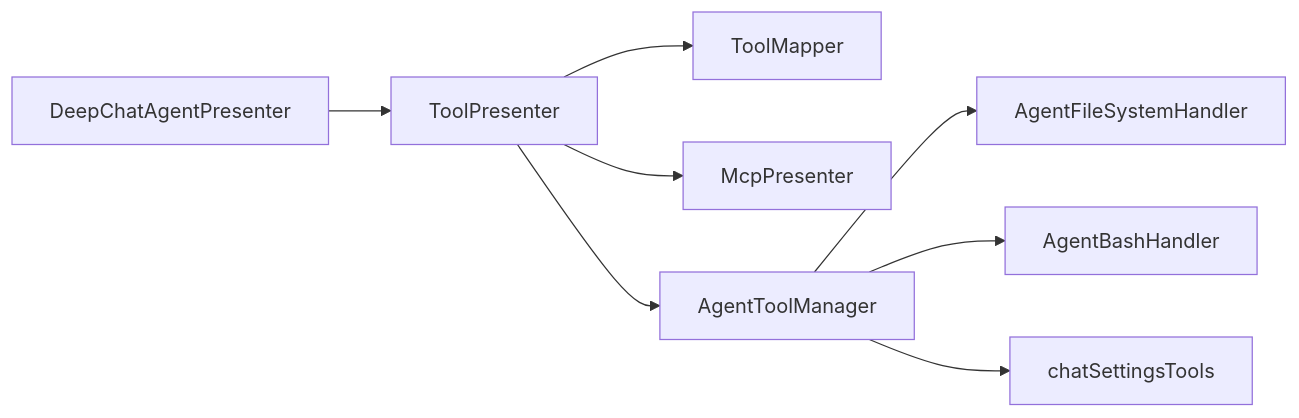
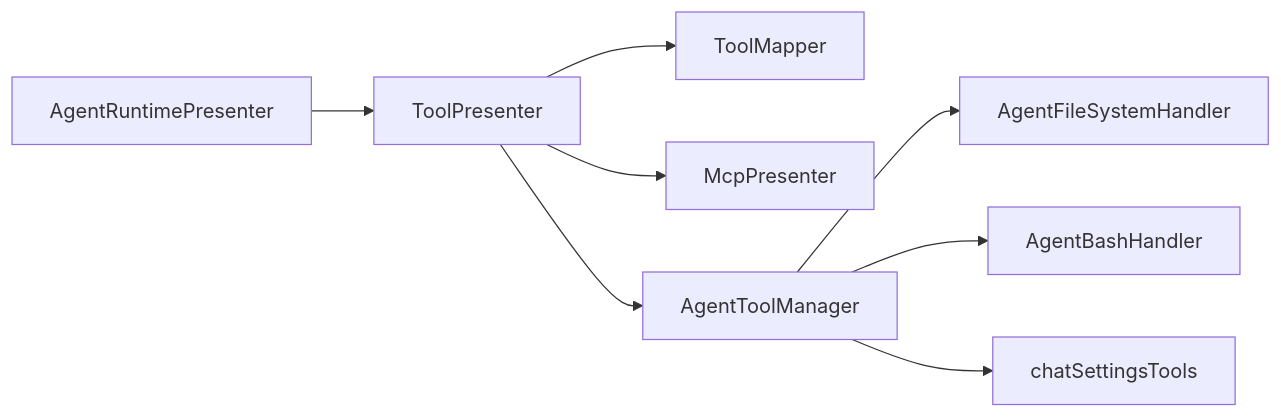
One commit to ThinkInAIXYZ/deepchat changed the first of 2 diagrams in docs/architecture/tool-system.md. Above: the diagram before and after it, drawn with Mermaid. The commit also changed other lines of this file and 139 other files, not shown here.

Commit message:
refactor(presenter): rename agent presenters

````diff
--- a/docs/architecture/tool-system.md
+++ b/docs/architecture/tool-system.md
@@ -21,10 +21,10 @@
 ```mermaid
 graph LR
-    DeepChat["DeepChatAgentPresenter"] --> ToolPresenter["ToolPresenter"]
+    DeepChat["AgentRuntimePresenter"] --> ToolPresenter["ToolPresenter"]
     ToolPresenter --> Mapper["ToolMapper"]
     ToolPresenter --> Mcp["McpPresenter"]
     ToolPresenter --> AgentTools["AgentToolManager"]
     AgentTools --> Fs["AgentFileSystemHandler"]
     AgentTools --> Bash["AgentBashHandler"]
     AgentTools --> Settings["chatSettingsTools"]
 ```
````
